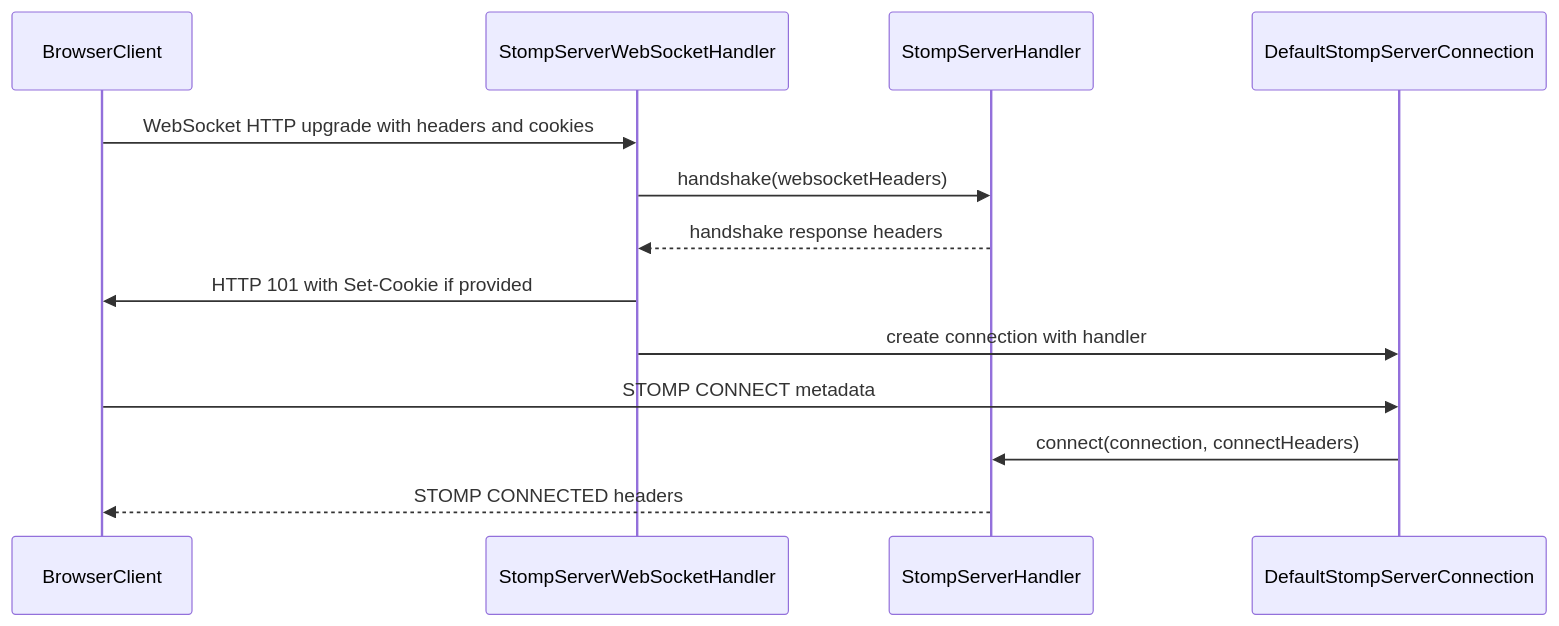
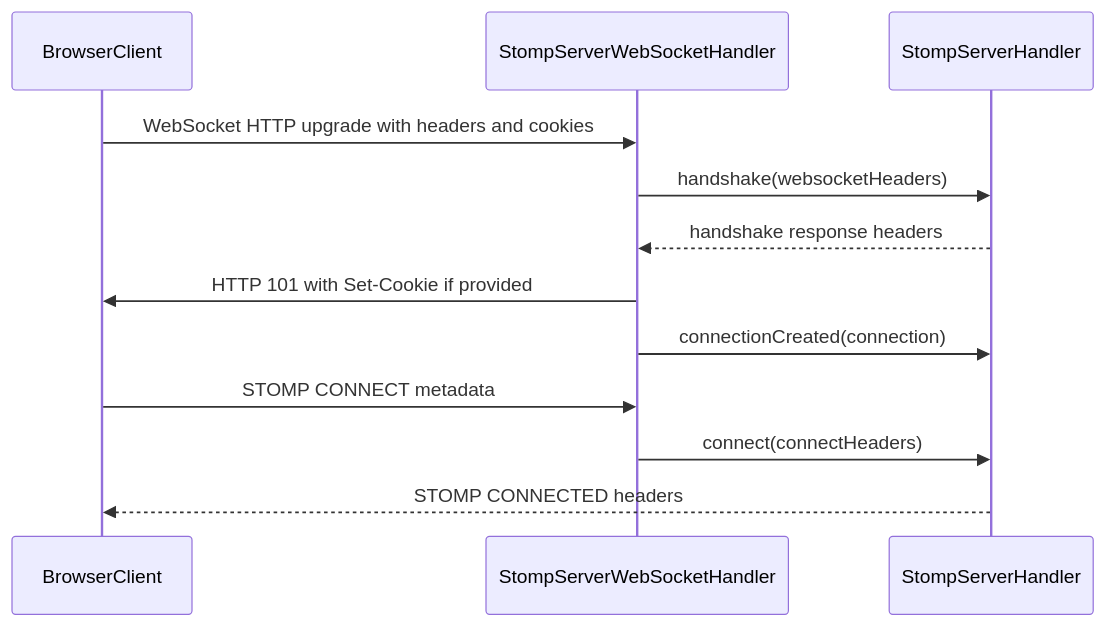
The first of 2 diagrams in README.md (MindIgnited/vertx-stomp-lite), drawn with Mermaid before and after one commit. The commit also changed other lines of this file and 9 other files, not shown here.

````diff
--- a/README.md
+++ b/README.md
@@ -9,16 +9,15 @@
 ```mermaid
 sequenceDiagram
     participant browserClient as BrowserClient
     participant wsHandler as StompServerWebSocketHandler
     participant stompHandler as StompServerHandler
-    participant stompConnection as DefaultStompServerConnection
 
     browserClient->>wsHandler: WebSocket HTTP upgrade with headers and cookies
     wsHandler->>stompHandler: handshake(websocketHeaders)
     stompHandler-->>wsHandler: handshake response headers
     wsHandler->>browserClient: HTTP 101 with Set-Cookie if provided
-    wsHandler->>stompConnection: create connection with handler
-    browserClient->>stompConnection: STOMP CONNECT metadata
-    stompConnection->>stompHandler: connect(connection, connectHeaders)
+    wsHandler->>stompHandler: connectionCreated(connection)
+    browserClient->>wsHandler: STOMP CONNECT metadata
+    wsHandler->>stompHandler: connect(connectHeaders)
     stompHandler-->>browserClient: STOMP CONNECTED headers
 ```
````
